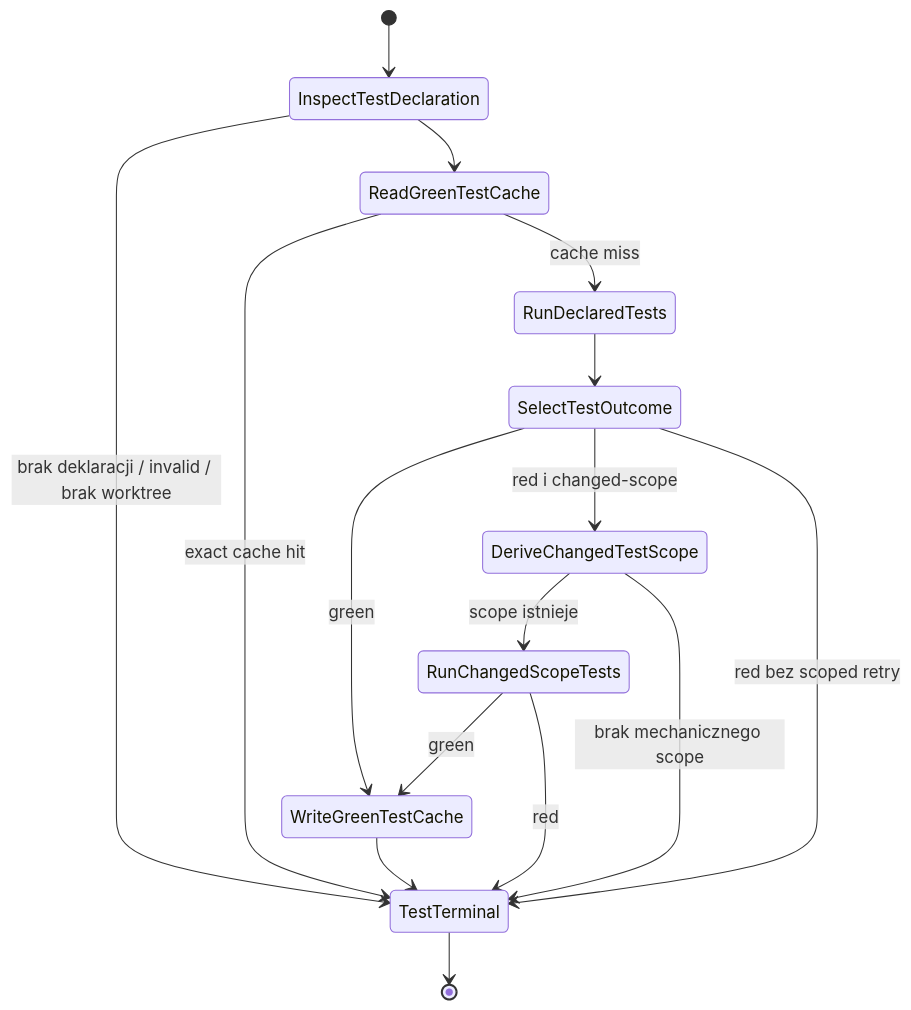
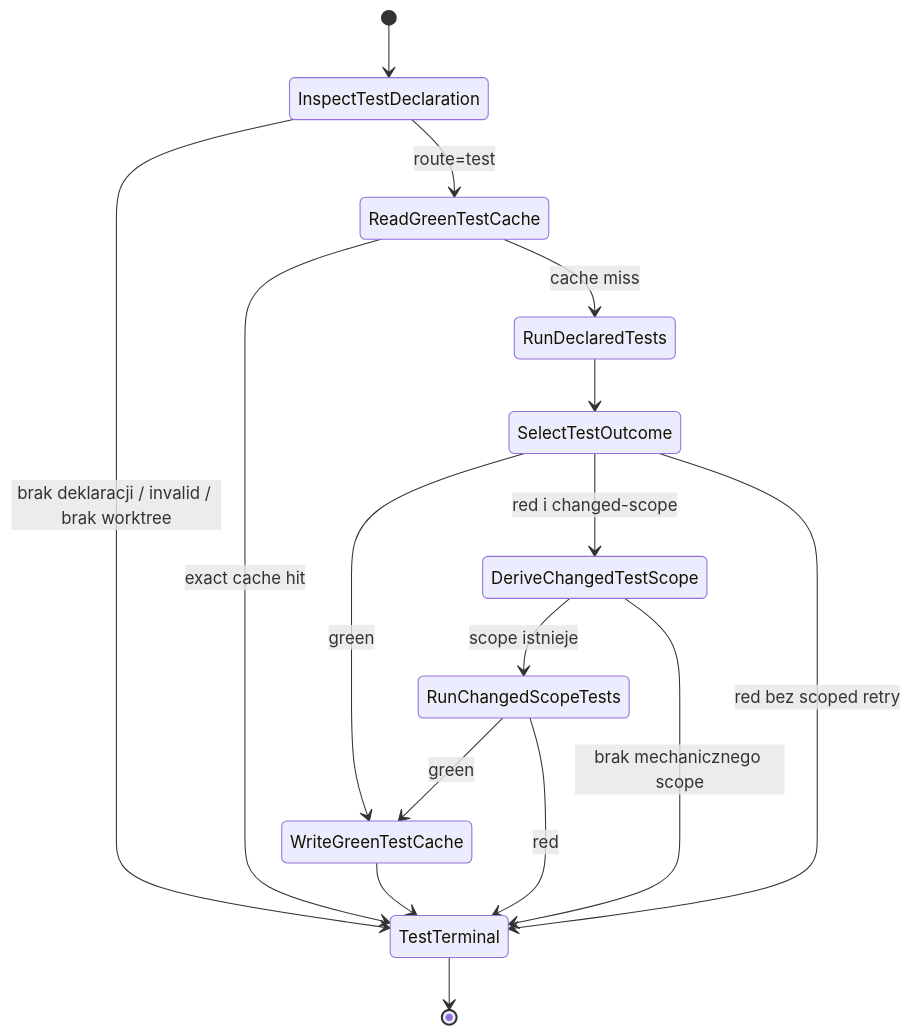
Before and after one commit to mikolaj92/lokay: diagram 20 of 47 in README.md, drawn with Mermaid. The commit also changed 10 other files, not shown here.

````diff
--- a/README.md
+++ b/README.md
@@ -600,18 +600,18 @@
 ```mermaid
 stateDiagram-v2
     [*] --> InspectTestDeclaration
     InspectTestDeclaration --> TestTerminal: brak deklaracji / invalid / brak worktree
-    InspectTestDeclaration --> ReadGreenTestCache
+    InspectTestDeclaration --> ReadGreenTestCache: route=test
     ReadGreenTestCache --> TestTerminal: exact cache hit
     ReadGreenTestCache --> RunDeclaredTests: cache miss
     RunDeclaredTests --> SelectTestOutcome
     SelectTestOutcome --> WriteGreenTestCache: green
     SelectTestOutcome --> DeriveChangedTestScope: red i changed-scope
     SelectTestOutcome --> TestTerminal: red bez scoped retry
     DeriveChangedTestScope --> RunChangedScopeTests: scope istnieje
     DeriveChangedTestScope --> TestTerminal: brak mechanicznego scope
     RunChangedScopeTests --> WriteGreenTestCache: green
     RunChangedScopeTests --> TestTerminal: red
     WriteGreenTestCache --> TestTerminal
     TestTerminal --> [*]
 ```
````
